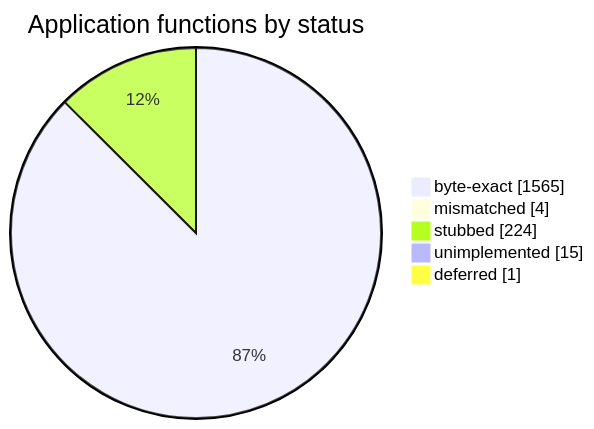
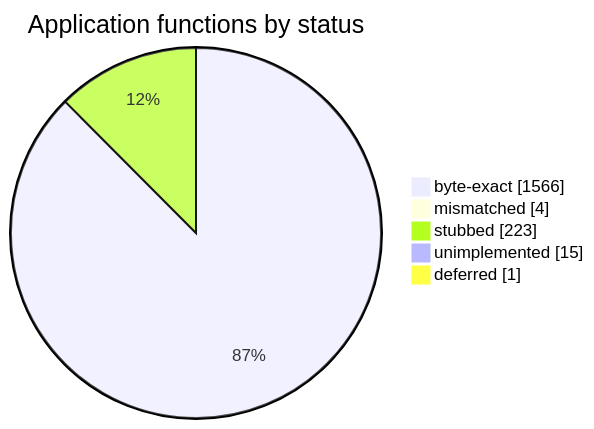
One commit to sorokya/eos changed the diagram in README.md. Above: the diagram before and after it, drawn with Mermaid. The commit also changed other lines of this file and 7 other files, not shown here.

````diff
--- a/README.md
+++ b/README.md
@@ -152,9 +152,9 @@
 ```mermaid
 pie showData
     title Application functions by status
-    "byte-exact" : 1565
+    "byte-exact" : 1566
     "mismatched" : 4
-    "stubbed" : 224
+    "stubbed" : 223
     "unimplemented" : 15
     "deferred" : 1
 ```
````
